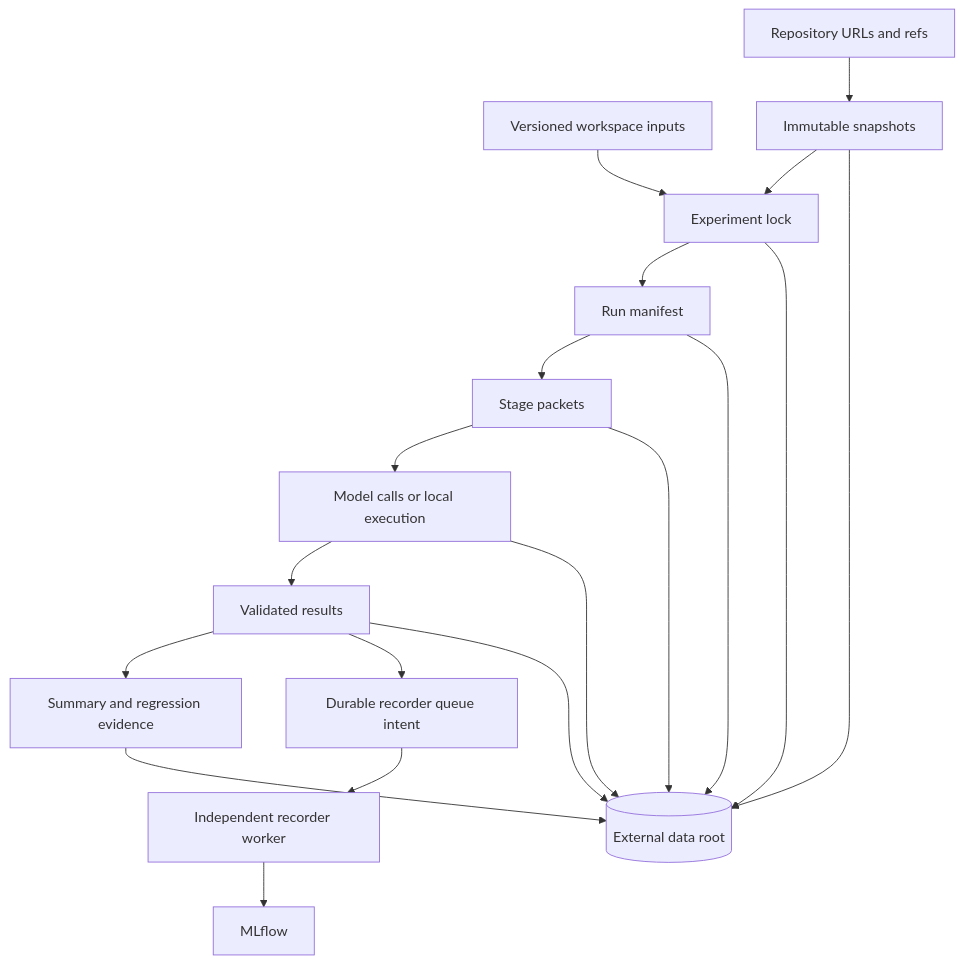
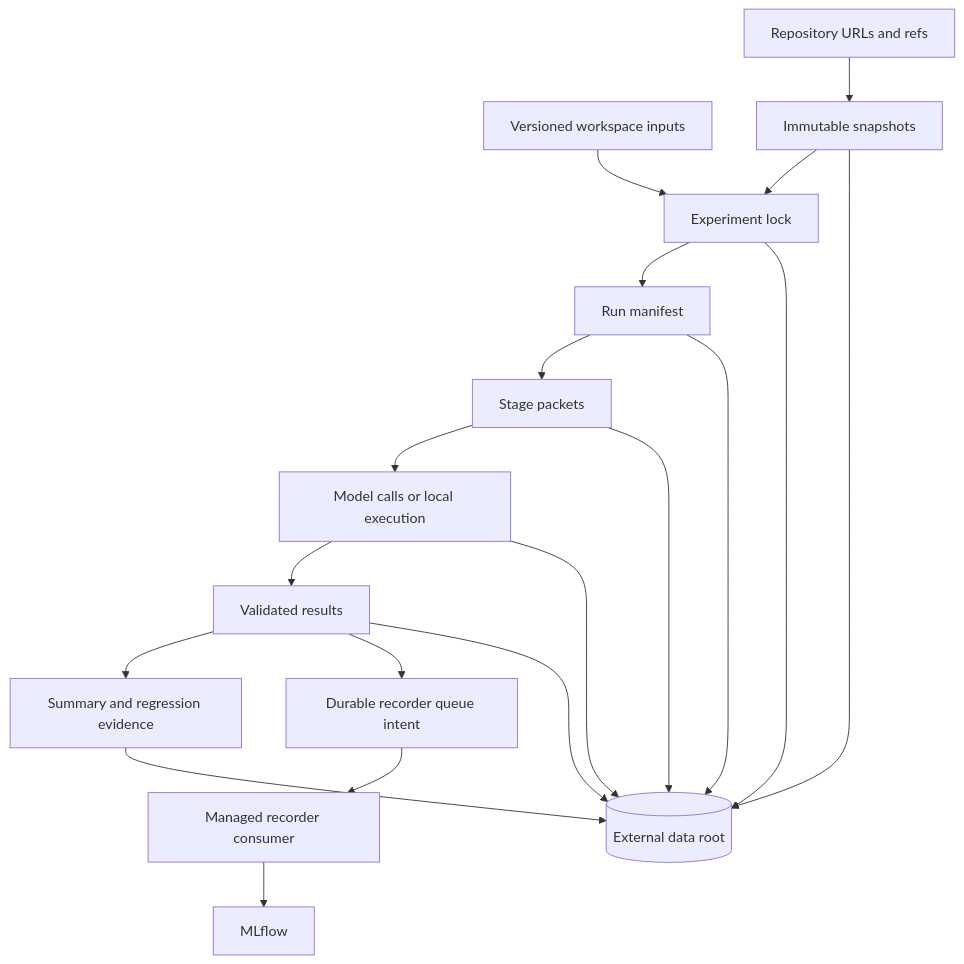
One commit to mainsequence-sdk/repo-agent-eval changed the diagram in docs/architecture/storage-and-provenance.md. Above: the diagram before and after it, drawn with Mermaid. The commit also changed other lines of this file and 516 other files, not shown here.

````diff
--- a/docs/architecture/storage-and-provenance.md
+++ b/docs/architecture/storage-and-provenance.md
@@ -6,22 +6,22 @@
 ```mermaid
 flowchart TB
     Workspace[Versioned workspace inputs] --> Lock[Experiment lock]
     Sources[Repository URLs and refs] --> Snapshots[Immutable snapshots]
     Snapshots --> Lock
     Lock --> Run[Run manifest]
     Run --> Packets[Stage packets]
     Packets --> Calls[Model calls or local execution]
     Calls --> Results[Validated results]
     Results --> Aggregate[Summary and regression evidence]
     Results --> Queue[Durable recorder queue intent]
-    Queue --> Recorder[Independent recorder worker]
+    Queue --> Recorder[Managed recorder consumer]
     Recorder --> MLflow[MLflow]
 
     Snapshots --> External[(External data root)]
     Lock --> External
     Run --> External
     Packets --> External
     Calls --> External
     Results --> External
     Aggregate --> External
 ```
````
